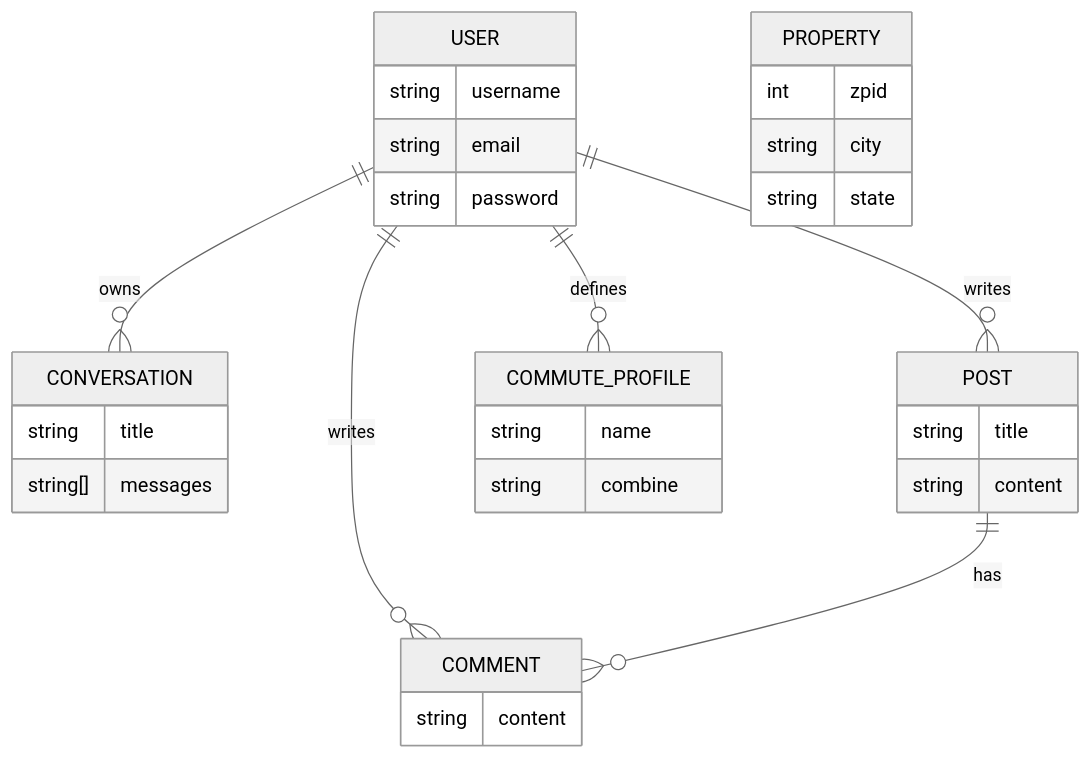
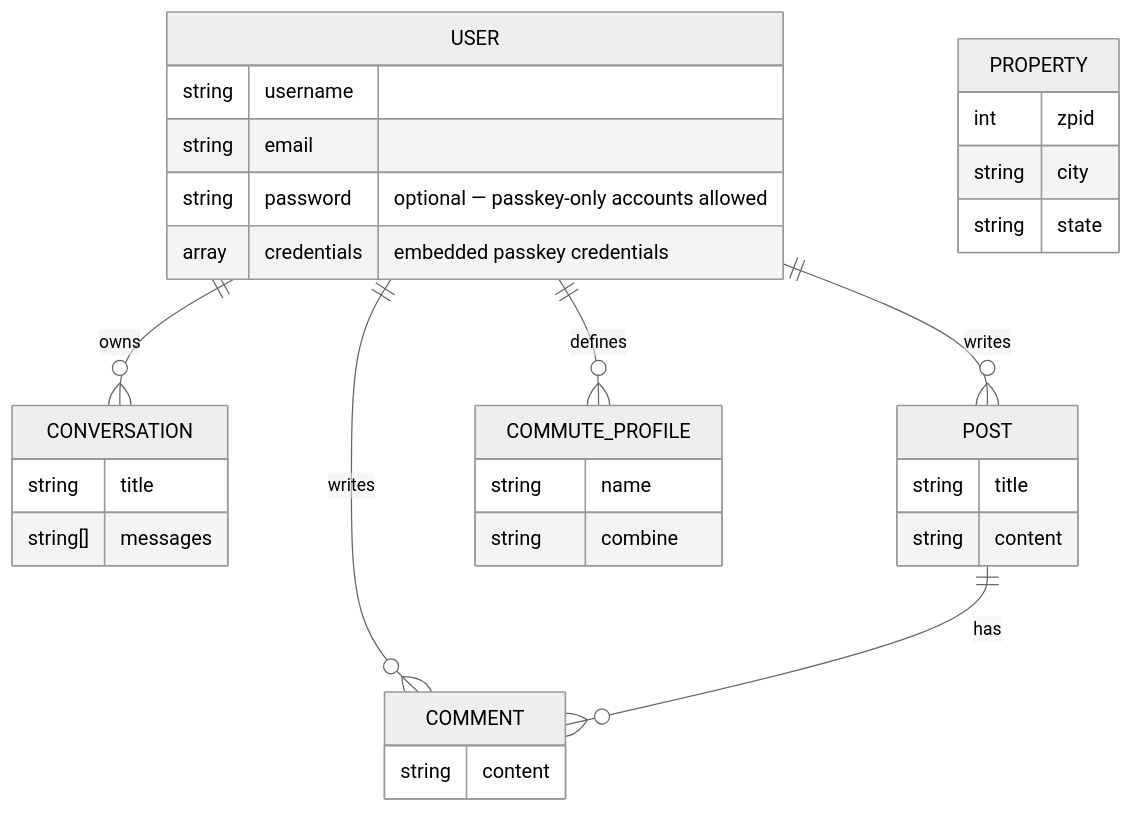
The third of 6 diagrams in backend/README.md (hoangsonww/EstateWise-Chapel-Hill-Chatbot), drawn with Mermaid (neutral theme) before and after one commit. The commit also changed other lines of this file and 26 other files, not shown here.

````diff
--- a/backend/README.md
+++ b/backend/README.md
@@ -94,34 +100,35 @@
 ```mermaid
 erDiagram
   USER ||--o{ CONVERSATION : owns
   USER ||--o{ POST : writes
   USER ||--o{ COMMENT : writes
   POST ||--o{ COMMENT : has
   USER ||--o{ COMMUTE_PROFILE : defines
 
   USER {
     string username
     string email
-    string password
+    string password "optional — passkey-only accounts allowed"
+    array credentials "embedded passkey credentials"
   }
   CONVERSATION {
     string title
     string[] messages
   }
   POST {
     string title
     string content
   }
   COMMENT {
     string content
   }
   COMMUTE_PROFILE {
     string name
     string combine
   }
   PROPERTY {
     int zpid
     string city
     string state
   }
 ```
````
